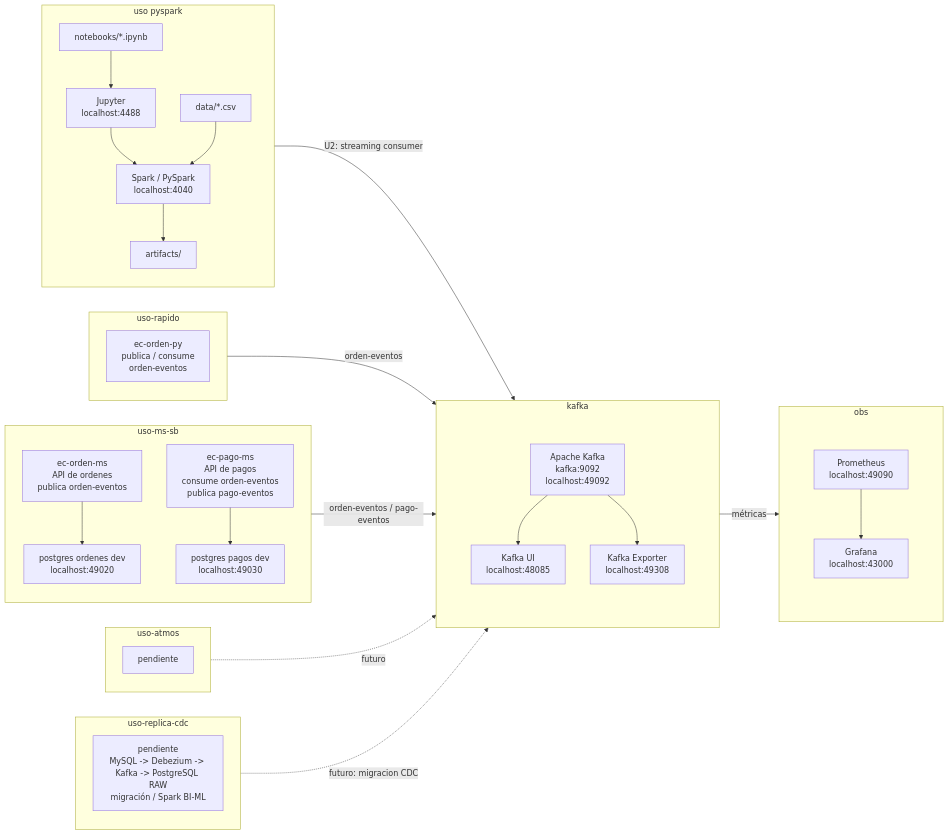
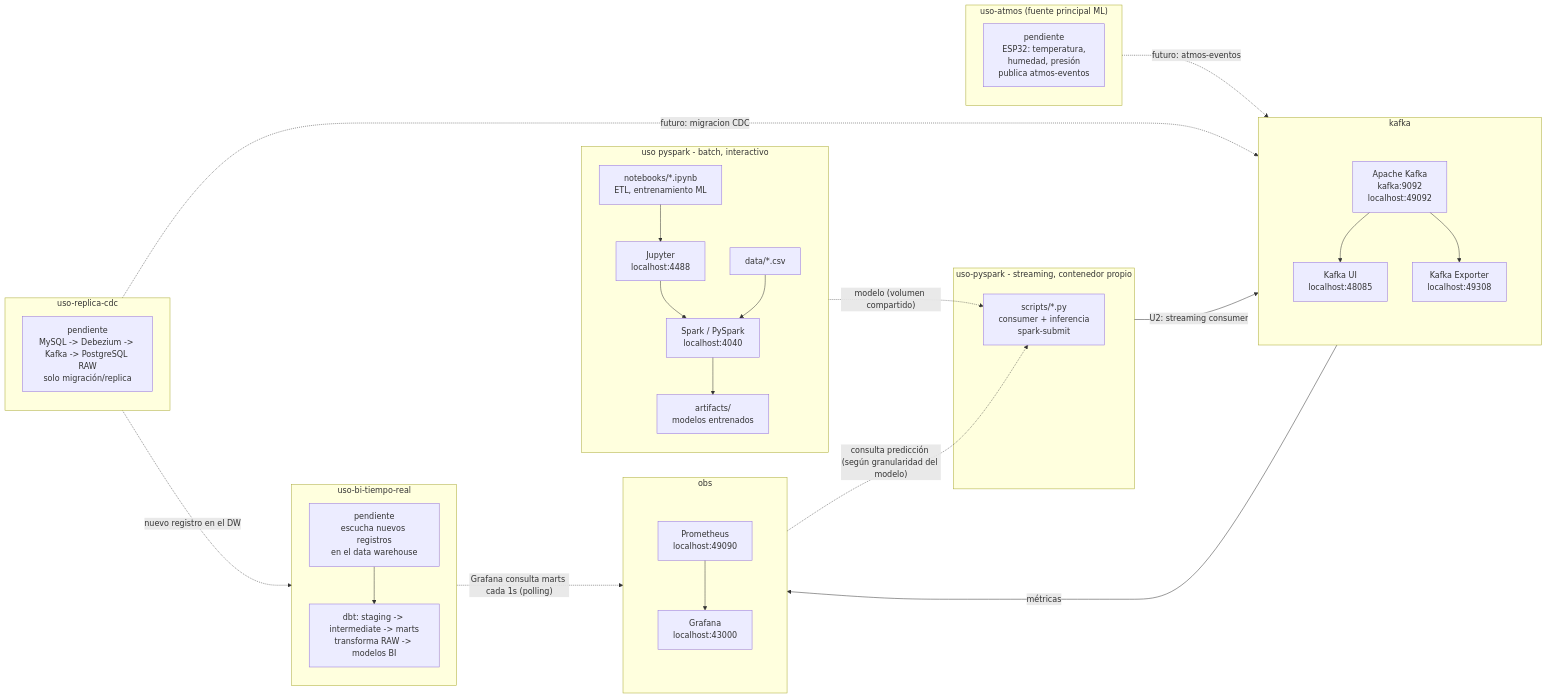
One commit to 262bigdata/lambda26 changed the second of 2 diagrams in docs/index.md. Above: the diagram before and after it, drawn with Mermaid. The commit also changed other lines of this file and 1 other file, not shown here.

````diff
--- a/docs/index.md
+++ b/docs/index.md
@@ -67,67 +115,67 @@
 ```mermaid
 flowchart LR
-    subgraph PySparkModule["uso pyspark"]
+    subgraph PySparkModule["uso pyspark - batch, interactivo"]
         direction TB
-        Notebooks["notebooks/*.ipynb"]
+        Notebooks["notebooks/*.ipynb<br/>ETL, entrenamiento ML"]
         Jupyter["Jupyter<br/>localhost:4488"]
         Spark["Spark / PySpark<br/>localhost:4040"]
         Data["data/*.csv"]
-        Artifacts["artifacts/"]
+        Artifacts["artifacts/<br/>modelos entrenados"]
         Notebooks --> Jupyter --> Spark
         Data --> Spark --> Artifacts
     end
 
-    subgraph UseFast["uso-rapido"]
-        PyQuick["ec-orden-py<br/>publica / consume<br/>orden-eventos"]
+    subgraph StreamingModule["uso-pyspark - streaming, contenedor propio"]
+        Scripts["scripts/*.py<br/>consumer + inferencia<br/>spark-submit"]
     end
 
-    subgraph UseMS["uso-ms-sb"]
-        direction TB
-        OrdenMS["ec-orden-ms<br/>API de ordenes<br/>publica orden-eventos"]
-        OrdenDB["postgres ordenes dev<br/>localhost:49020"]
-        PagoMS["ec-pago-ms<br/>API de pagos<br/>consume orden-eventos<br/>publica pago-eventos"]
-        PagoDB["postgres pagos dev<br/>localhost:49030"]
-        OrdenMS --> OrdenDB
-        PagoMS --> PagoDB
-    end
+    Artifacts -.->|"modelo (volumen compartido)"| Scripts
 
-    subgraph UseIoT["uso-atmos"]
-        IoT["pendiente"]
+    subgraph UseIoT["uso-atmos (fuente principal ML)"]
+        IoT["pendiente<br/>ESP32: temperatura,<br/>humedad, presión<br/>publica atmos-eventos"]
     end
 
     subgraph UseCDC["uso-replica-cdc"]
-        CDC["pendiente<br/>MySQL -> Debezium -> Kafka -> PostgreSQL RAW<br/>migración / Spark BI-ML"]
+        CDC["pendiente<br/>MySQL -> Debezium -> Kafka -> PostgreSQL RAW<br/>solo migración/replica"]
+    end
+
+    subgraph UseBITR["uso-bi-tiempo-real"]
+        direction TB
+        Listener["pendiente<br/>escucha nuevos registros<br/>en el data warehouse"]
+        DBT["dbt: staging -> intermediate -> marts<br/>transforma RAW -> modelos BI"]
+        Listener --> DBT
     end
 
     subgraph KafkaModule["kafka"]
         direction TB
         subgraph KafkaStack[" "]
             direction TB
             Kafka["Apache Kafka<br/>kafka:9092<br/>localhost:49092"]
             KafkaUI["Kafka UI<br/>localhost:48085"]
             KafkaExporter["Kafka Exporter<br/>localhost:49308"]
             Kafka --> KafkaUI
             Kafka --> KafkaExporter
         end
     end
 
     subgraph ObsModule["obs"]
         direction TB
         subgraph ObsStack[" "]
             direction TB
             Prometheus["Prometheus<br/>localhost:49090"]
             Grafana["Grafana<br/>localhost:43000"]
             Prometheus --> Grafana
         end
     end
 
-    PySparkModule -->|"U2: streaming consumer"| Kafka
-    UseFast -->|"orden-eventos"| Kafka
-    UseMS -->|"orden-eventos / pago-eventos"| Kafka
-    UseIoT -. "futuro" .-> Kafka
+    StreamingModule -->|"U2: streaming consumer"| Kafka
+    UseIoT -. "futuro: atmos-eventos" .-> Kafka
     UseCDC -. "futuro: migracion CDC" .-> Kafka
+    UseCDC -. "nuevo registro en el DW" .-> UseBITR
+    DBT -. "Grafana consulta marts cada 1s (polling)" .-> Grafana
+    Grafana -. "consulta predicción (según granularidad del modelo)" .-> Scripts
     KafkaExporter -->|"métricas"| Prometheus
 
     style KafkaStack fill:transparent,stroke:transparent,color:transparent
     style ObsStack fill:transparent,stroke:transparent,color:transparent
 ```
````
